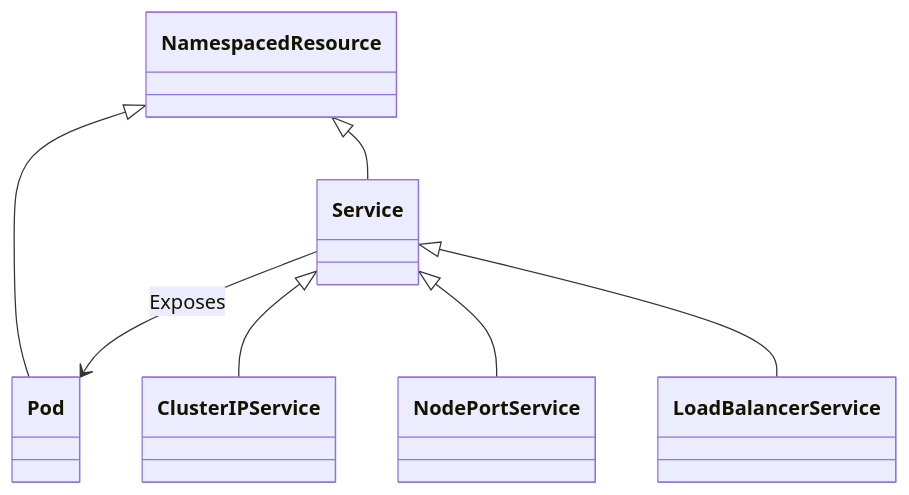
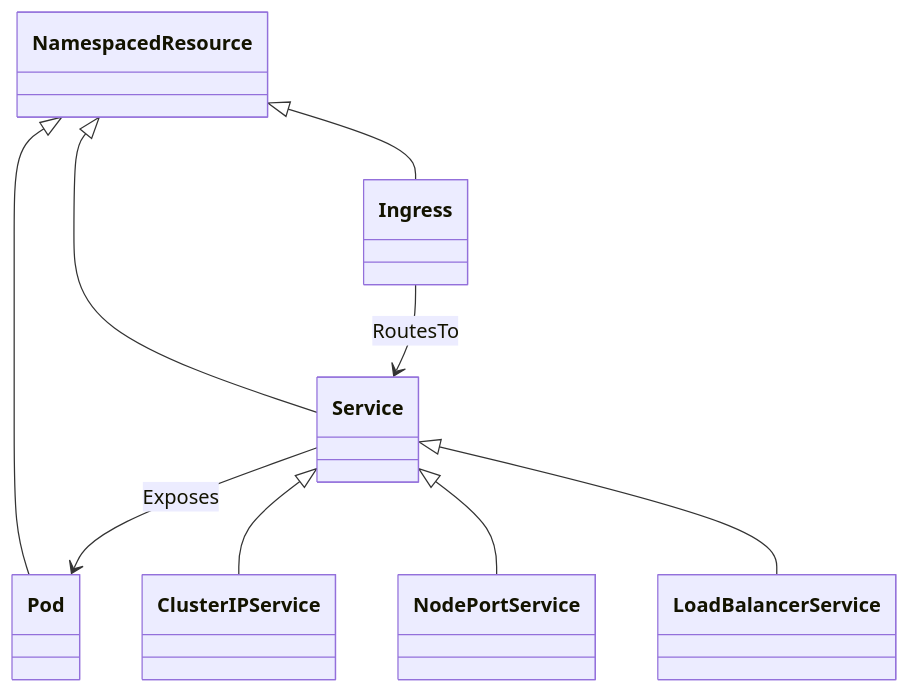
The fifth of 5 diagrams in profiles/community/tosca/kubernetes/README.md (oasis-open/tosca-community-contributions), drawn with Mermaid before and after one commit. The commit also changed other lines of this file and 5 other files, not shown here.

````diff
--- a/profiles/community/tosca/kubernetes/README.md
+++ b/profiles/community/tosca/kubernetes/README.md
@@ -424,9 +421,11 @@
 ```mermaid
 classDiagram
     NamespacedResource <|-- Pod
     NamespacedResource <|-- Service
+    NamespacedResource <|-- Ingress
+    Ingress --> Service:RoutesTo
     Service --> Pod:Exposes
     Service <|-- ClusterIPService
     Service <|-- NodePortService
     Service <|-- LoadBalancerService
 ```
````
